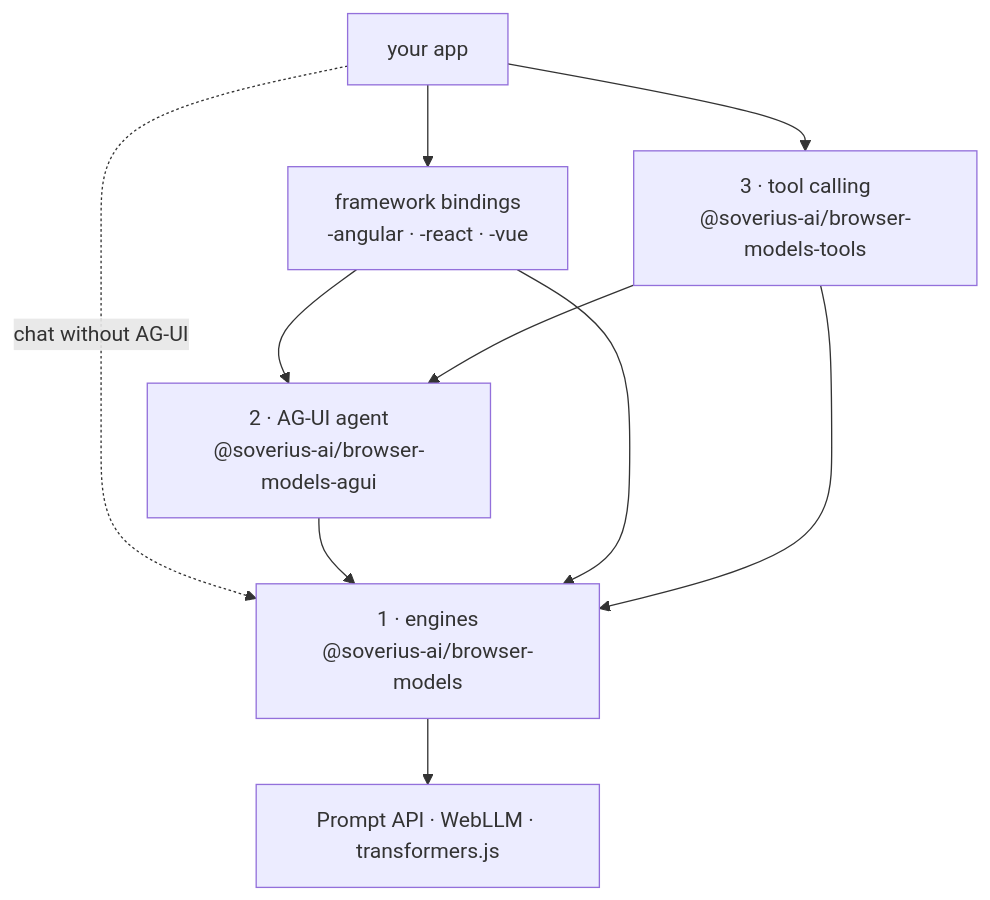
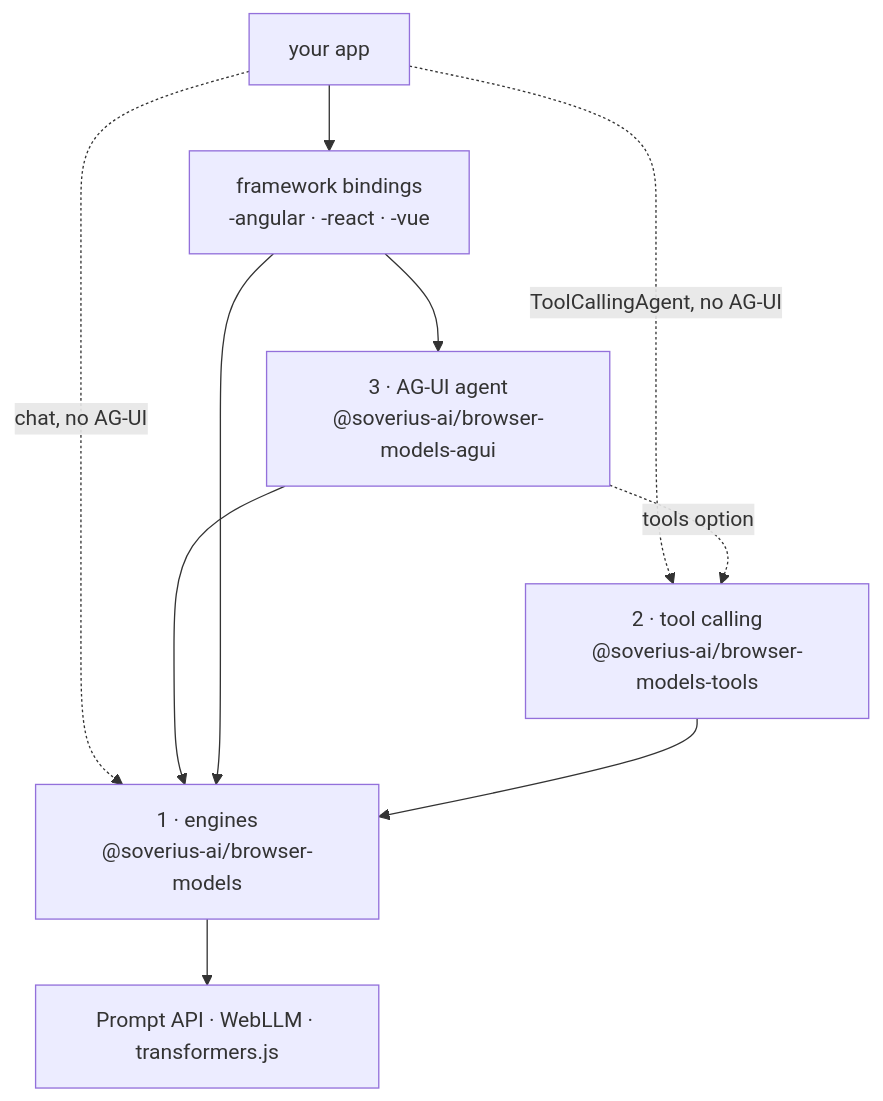
Before and after one commit to Soverius-AI/browser-models: the diagram in apps/docs/docs/intro.md, drawn with Mermaid. The commit also changed other lines of this file and 62 other files, not shown here.

First line of the commit message:
feat(tools): ToolCallingAgent, tool calling as layer 2

````diff
--- a/apps/docs/docs/intro.md
+++ b/apps/docs/docs/intro.md
@@ -10,18 +10,18 @@
 ```mermaid
 flowchart TB
   app["your app"]
   fw["framework bindings<br/>-angular · -react · -vue"]
-  tools["3 · tool calling<br/>@soverius-ai/browser-models-tools"]
-  agui["2 · AG-UI agent<br/>@soverius-ai/browser-models-agui"]
+  agui["3 · AG-UI agent<br/>@soverius-ai/browser-models-agui"]
+  tools["2 · tool calling<br/>@soverius-ai/browser-models-tools"]
   core["1 · engines<br/>@soverius-ai/browser-models"]
   libs["Prompt API · WebLLM · transformers.js"]
   app --> fw
-  app --> tools
-  app -.->|chat without AG-UI| core
+  app -.->|ToolCallingAgent, no AG-UI| tools
+  app -.->|chat, no AG-UI| core
   fw --> agui
-  tools --> agui
+  agui -.->|tools option| tools
   agui --> core
   fw --> core
   tools --> core
   core --> libs
 ```
````
